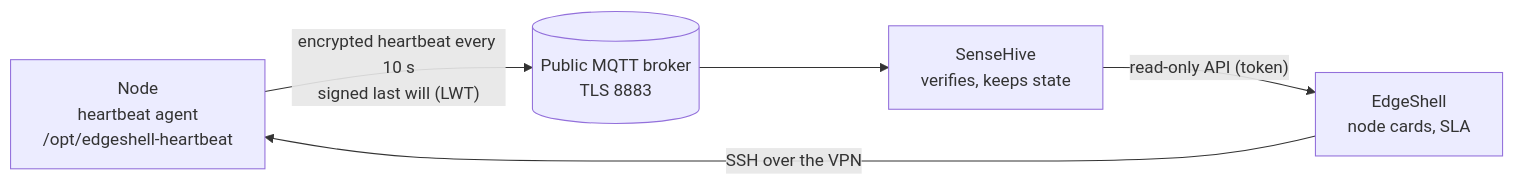
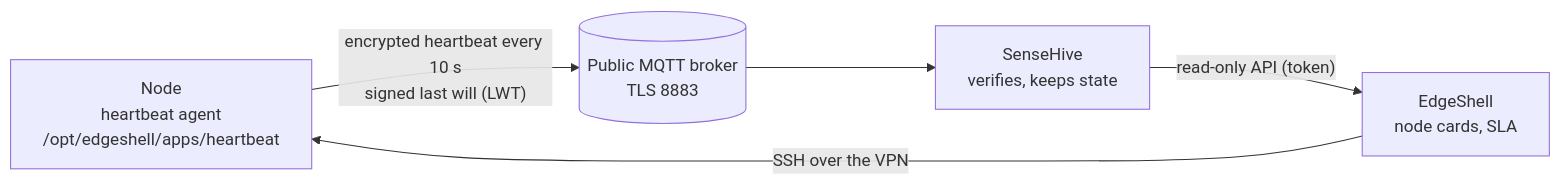
One commit to 855princekumar/edgeshell changed the diagram in docs/HEARTBEAT.md. Above: the diagram before and after it, drawn with Mermaid. The commit also changed other lines of this file and 21 other files, not shown here.

First line of the commit message:
1.17.0: the heartbeat agent is an app (its own venv, atomic switch, a way back), moved over by itself (#68)

````diff
--- a/docs/HEARTBEAT.md
+++ b/docs/HEARTBEAT.md
@@ -11,7 +11,7 @@
 ```mermaid
 flowchart LR
-  N[Node<br/>heartbeat agent<br/>/opt/edgeshell-heartbeat] -- "encrypted heartbeat every 10 s<br/>signed last will (LWT)" --> B[(Public MQTT broker<br/>TLS 8883)]
+  N[Node<br/>heartbeat agent<br/>/opt/edgeshell/apps/heartbeat] -- "encrypted heartbeat every 10 s<br/>signed last will (LWT)" --> B[(Public MQTT broker<br/>TLS 8883)]
   B --> S[SenseHive<br/>verifies, keeps state]
   S -- "read-only API (token)" --> E[EdgeShell<br/>node cards, SLA]
   E -- "SSH over the VPN" --> N
 ```
````
